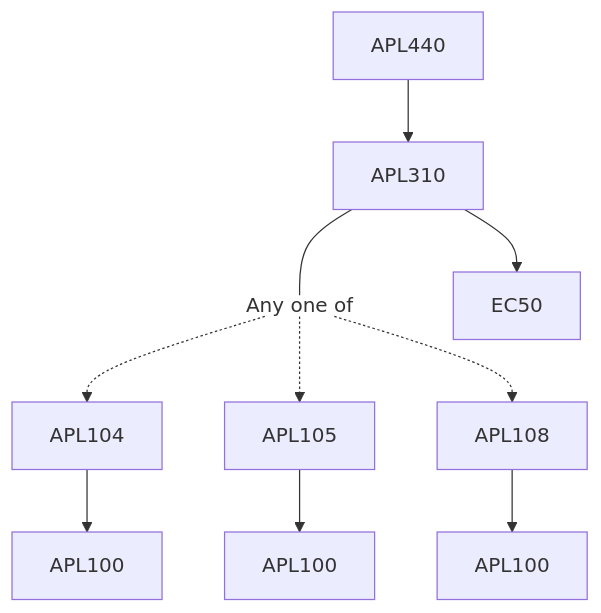
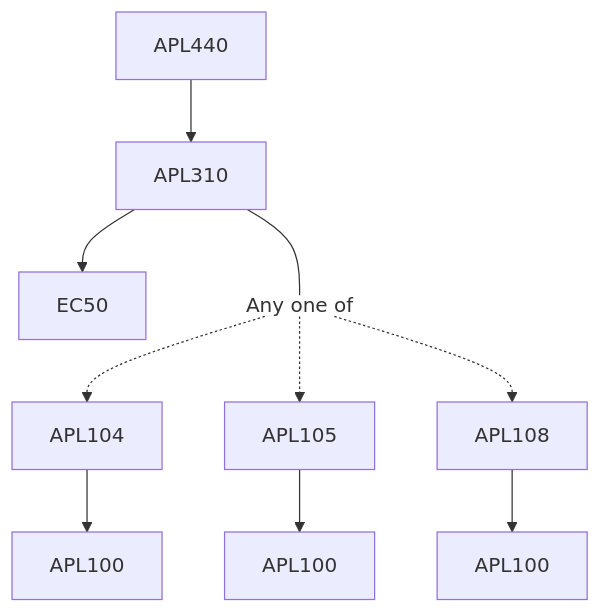
One commit to KeshavBansal0122/CoS_Website changed the diagram in content/Applied Mechanics/APL440.md. Above: the diagram before and after it, drawn with Mermaid. The commit also changed other lines of this file and 2662 other files, not shown here.

````diff
--- a/content/Applied Mechanics/APL440.md
+++ b/content/Applied Mechanics/APL440.md
@@ -15,16 +15,16 @@
 ```mermaid
 flowchart TD
 APL440-49[APL440]
+APL310-49 --> EC50-49[EC50]
+APL440-49 --> APL310-49[APL310]
 APL310-49 --- Or50[Any one of]:::empty
 APL104-51 --> APL100-51[APL100]
 Or50 -.-> APL104-51[APL104]
 APL105-52 --> APL100-52[APL100]
 Or50 -.-> APL105-52[APL105]
+APL108-53 --> APL100-53[APL100]
 Or50 -.-> APL108-53[APL108]
-APL108-53 --> APL100-53[APL100]
-APL440-49 --> APL310-49[APL310]
-APL310-49 --> EC50-49[EC50]
 
 classDef empty height:17px, fill:transparent, stroke:transparent;
 classDef trueEmpty height:0px, width:0px;
 ```
````
